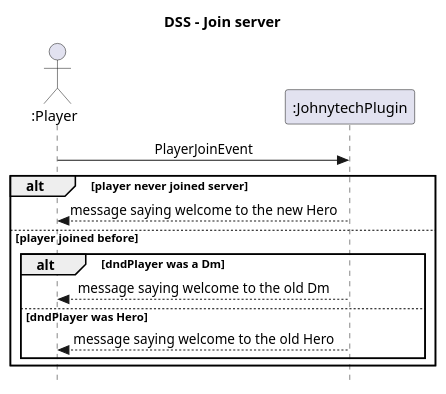
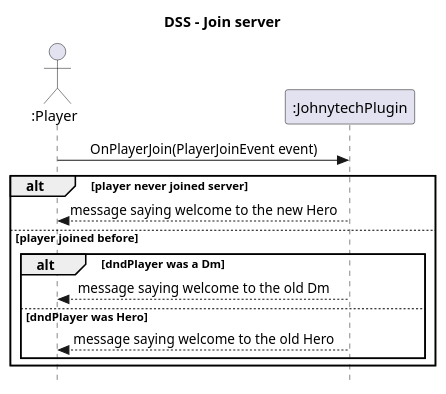
The diagram in docs/Model/dss-join-server.plantuml (Jean-Lamarre/Johnytech6s_Plugin), drawn with PlantUML before and after one commit. The commit also changed 1 other file, not shown here.

Commit message:
update docs: new rdcu-OnPLayerJoin

```diff
--- a/docs/Model/dss-join-server.plantuml
+++ b/docs/Model/dss-join-server.plantuml
@@ -1,22 +1,22 @@
 @startuml
 skinparam style strictuml
 skinparam defaultfontname Verdana
 skinparam sequence {
     MessageAlign center
 }
 title DSS - Join server
 actor ":Player" as dndP
 participant ":JohnytechPlugin" as plugin
 
-dndP -> plugin : PlayerJoinEvent
+dndP -> plugin : OnPlayerJoin(PlayerJoinEvent event)
 alt player never joined server
 plugin --> dndP : message saying welcome to the new Hero
 else player joined before
 alt dndPlayer was a Dm
 plugin --> dndP : message saying welcome to the old Dm
 else dndPlayer was Hero
 plugin --> dndP : message saying welcome to the old Hero
 end
 end
 
 @enduml
```
